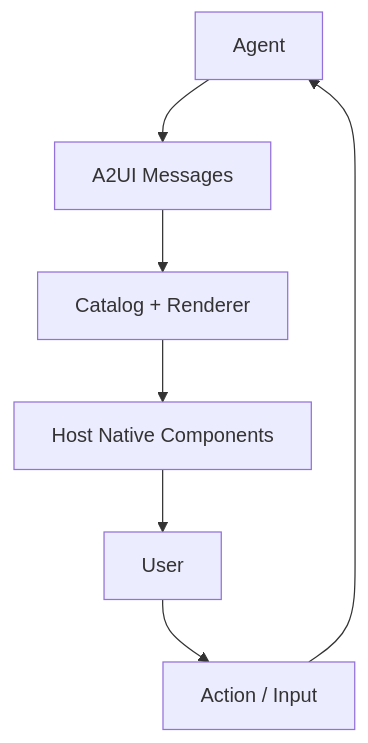
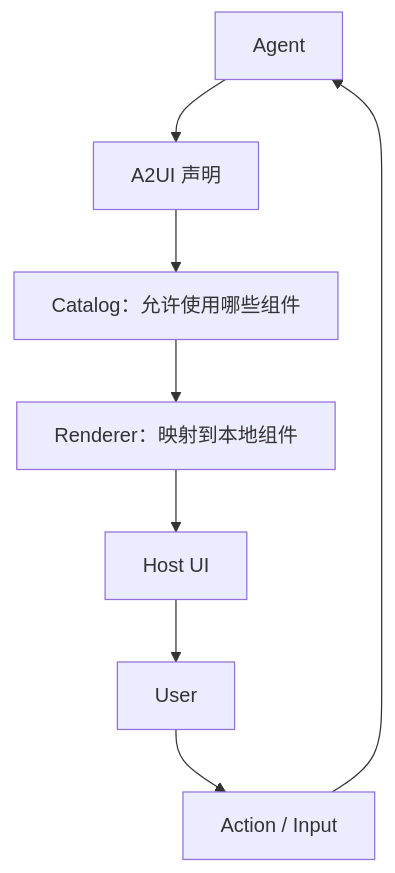
Before and after one commit to Nunchakus888/dossierkit: the fourth of 21 diagrams in profiles/default/content/zh/notes/ag-ui-a2ui-agent-runtime-generative-ui-ai-native.mdx, drawn with Mermaid. The commit also changed other lines of this file, not shown here.

```diff
--- a/profiles/default/content/zh/notes/ag-ui-a2ui-agent-runtime-generative-ui-ai-native.mdx
+++ b/profiles/default/content/zh/notes/ag-ui-a2ui-agent-runtime-generative-ui-ai-native.mdx
@@ -204,11 +204,12 @@
 ~~~mermaid
 flowchart TB
   A["Agent"]
-  --> M["A2UI Messages"]
-  --> C["Catalog + Renderer"]
-  --> H["Host Native Components"]
+  --> M["A2UI 声明"]
+  --> C["Catalog：允许使用哪些组件"]
+  --> R["Renderer：映射到本地组件"]
+  --> H["Host UI"]
   --> U["User"]
 
-  U --> ACT["Action / Input"]
-  ACT --> A
+  U --> X["Action / Input"]
+  X --> A
 ~~~
```
